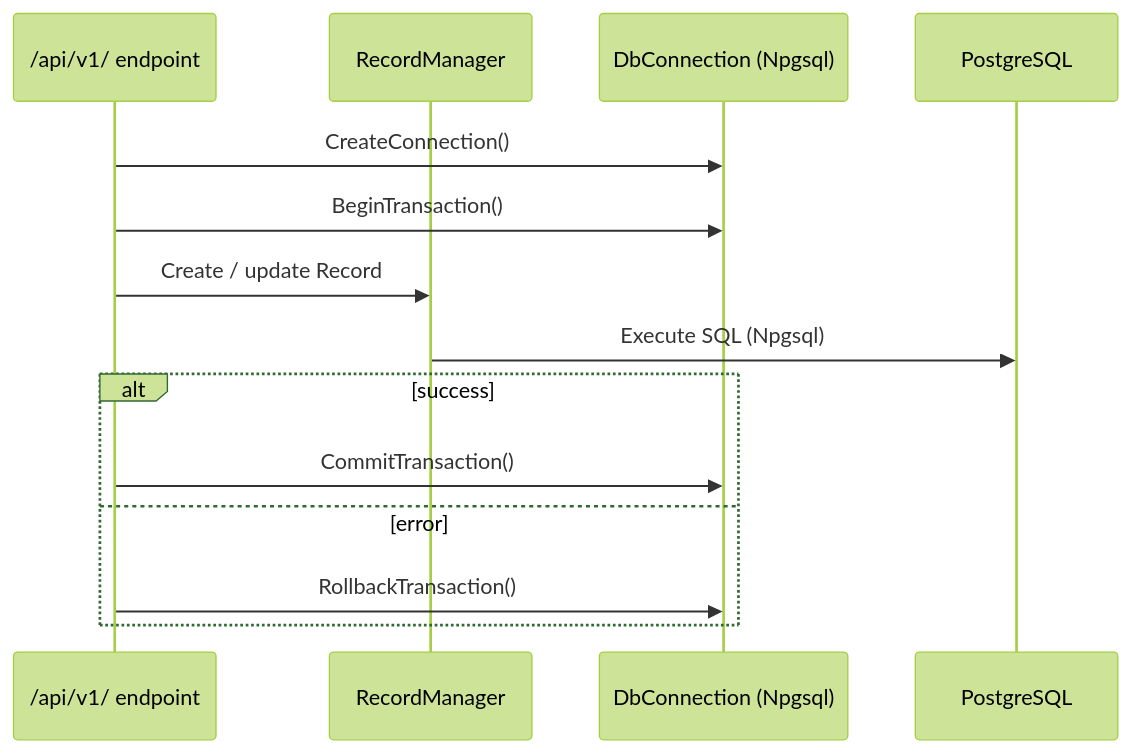
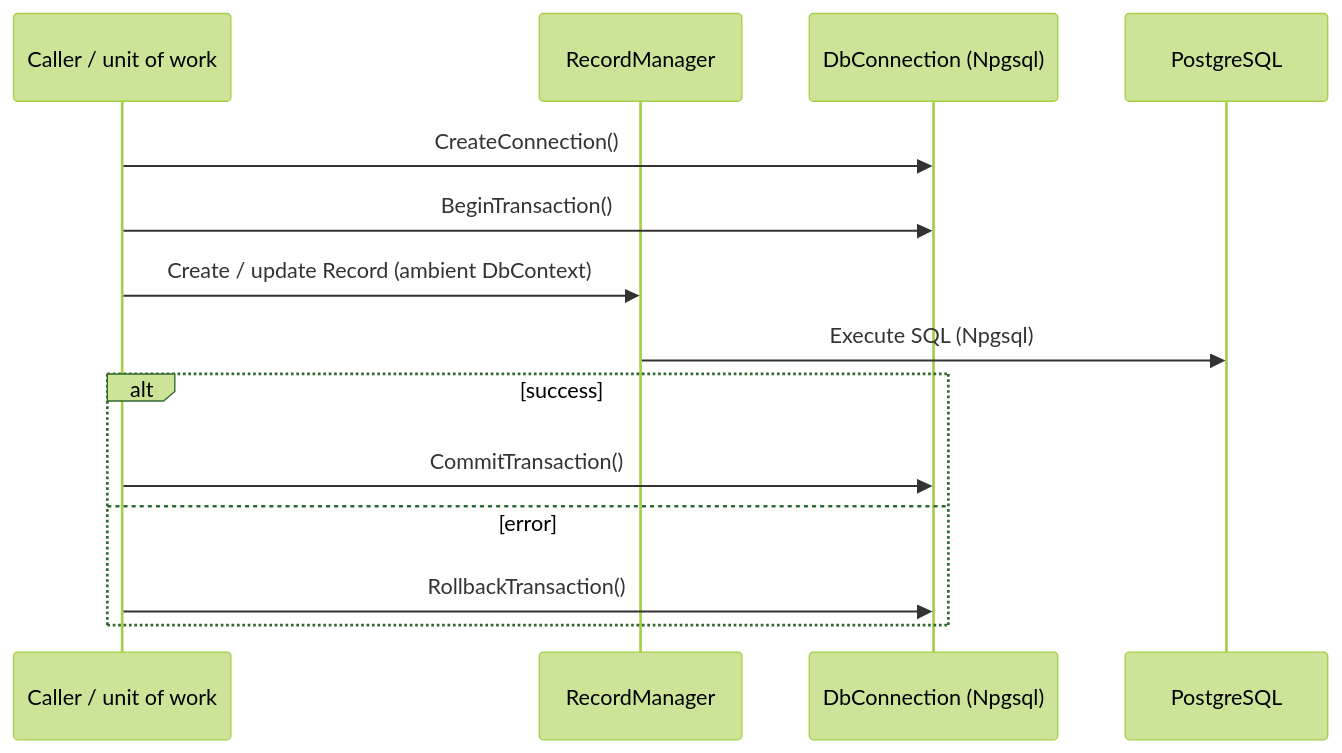
Before and after one commit to Blitzy-Sandbox/blitzy-WebVella-ERP: the diagram in docs/architecture/data-access.md, drawn with Mermaid (forest theme). The commit also changed other lines of this file and 38 other files, not shown here.

````diff
--- a/docs/architecture/data-access.md
+++ b/docs/architecture/data-access.md
@@ -60,16 +69,16 @@
 ```mermaid
 sequenceDiagram
-    participant API as /api/v1/ endpoint
+    participant Caller as Caller / unit of work
     participant RM as RecordManager
     participant Conn as DbConnection (Npgsql)
     participant PG as PostgreSQL
-    API->>Conn: CreateConnection()
-    API->>Conn: BeginTransaction()
-    API->>RM: Create / update Record
+    Caller->>Conn: CreateConnection()
+    Caller->>Conn: BeginTransaction()
+    Caller->>RM: Create / update Record (ambient DbContext)
     RM->>PG: Execute SQL (Npgsql)
     alt success
-        API->>Conn: CommitTransaction()
+        Caller->>Conn: CommitTransaction()
     else error
-        API->>Conn: RollbackTransaction()
+        Caller->>Conn: RollbackTransaction()
     end
 ```
````
